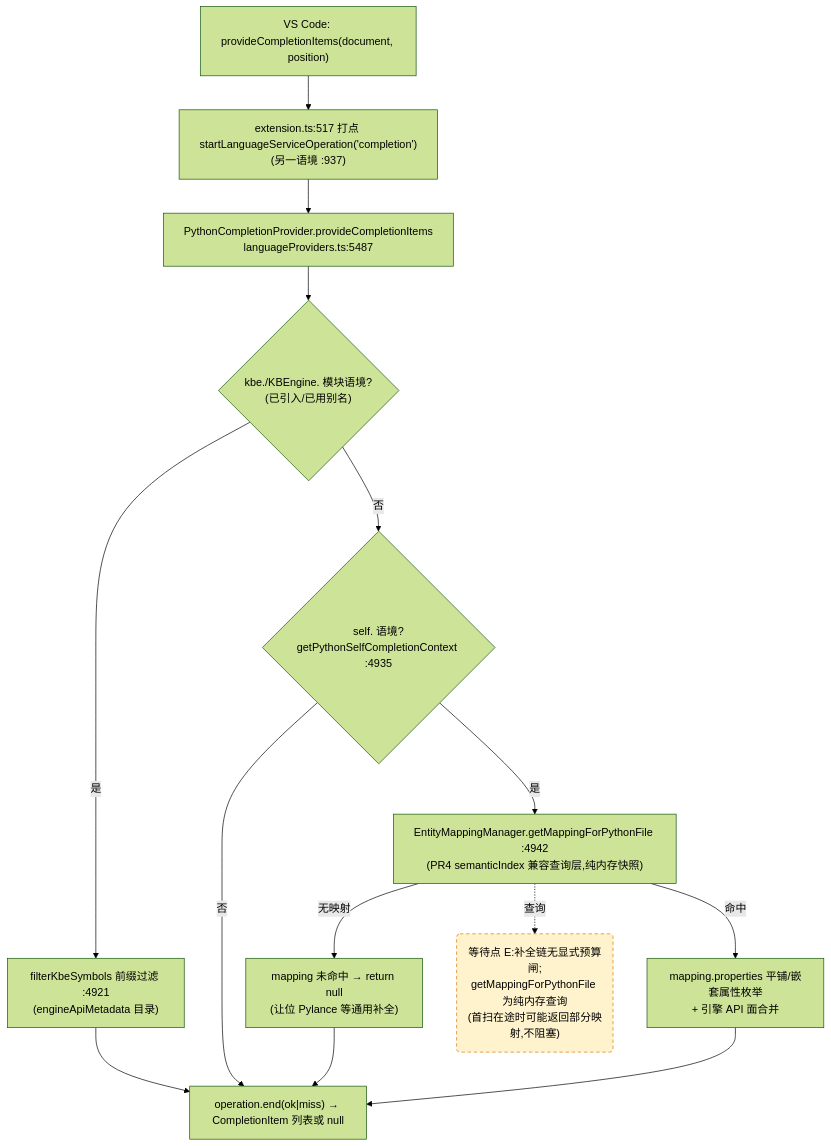
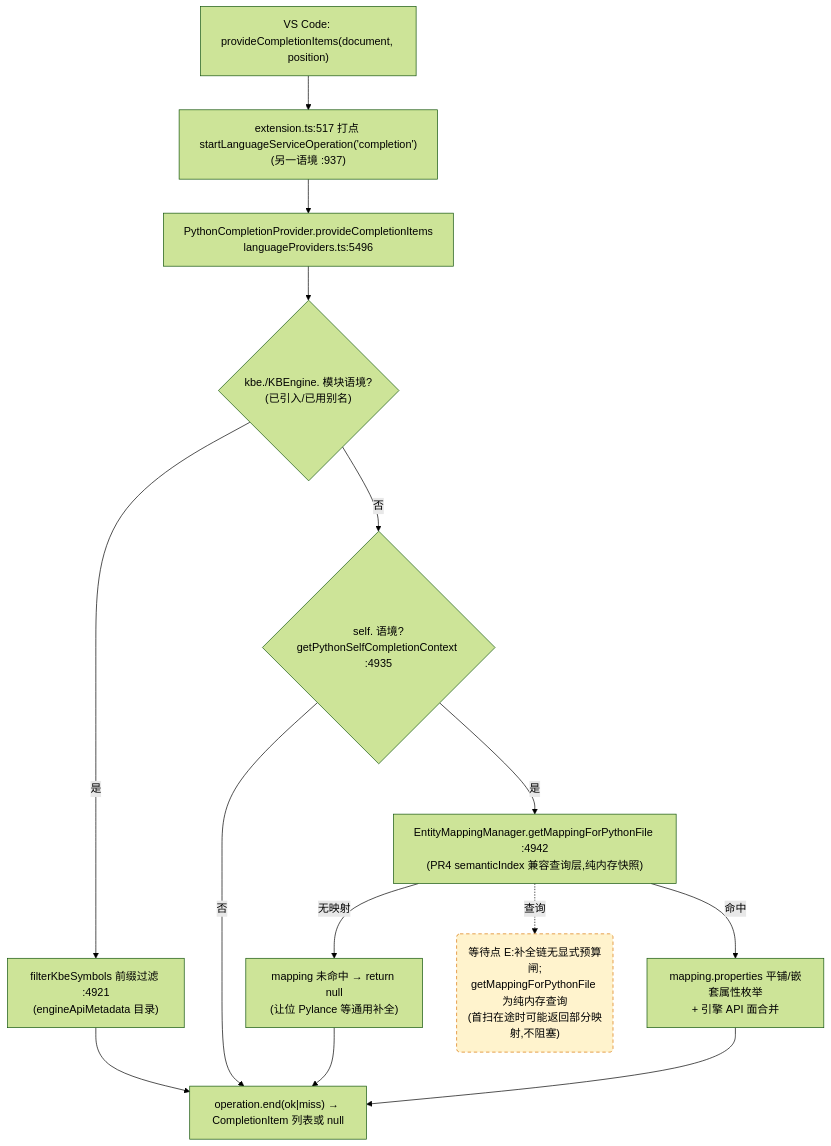
Before and after one commit to cuihairu/kode: the third of 4 diagrams in docs/perf/2026-baseline.md, drawn with Mermaid (forest theme). The commit also changed 5 other files, not shown here.

````diff
--- a/docs/perf/2026-baseline.md
+++ b/docs/perf/2026-baseline.md
@@ -184,27 +184,27 @@
 ```mermaid
 flowchart TD
   VC3["VS Code: provideCompletionItems(document, position)"]
   M3["extension.ts:517 打点 startLanguageServiceOperation('completion')<br/>(另一语境 :937)"]
-  CP["PythonCompletionProvider.provideCompletionItems<br/>languageProviders.ts:5487"]
+  CP["PythonCompletionProvider.provideCompletionItems<br/>languageProviders.ts:5496"]
   KBEC{"kbe./KBEngine. 模块语境?<br/>(已引入/已用别名)"}
   FILTER["filterKbeSymbols 前缀过滤 :4921<br/>(engineApiMetadata 目录)"]
   SELFC{"self. 语境?<br/>getPythonSelfCompletionContext :4935"}
   MAP["EntityMappingManager.getMappingForPythonFile :4942<br/>(PR4 semanticIndex 兼容查询层,纯内存快照)"]
   NOMAP["mapping 未命中 → return null<br/>(让位 Pylance 等通用补全)"]
   PROPS["mapping.properties 平铺/嵌套属性枚举<br/>+ 引擎 API 面合并"]
   END3["operation.end(ok|miss) → CompletionItem 列表或 null"]
 
   VC3 --> M3 --> CP --> KBEC
   KBEC -- "是" --> FILTER --> END3
   KBEC -- "否" --> SELFC
   SELFC -- "否" --> END3
   SELFC -- "是" --> MAP
   MAP -- "无映射" --> NOMAP --> END3
   MAP -- "命中" --> PROPS --> END3
 
   WAITE("等待点 E:补全链无显式预算闸;<br/>getMappingForPythonFile 为纯内存查询<br/>(首扫在途时可能返回部分映射,不阻塞)")
   MAP -.->|查询| WAITE
 
   classDef waitPoint fill:#fff3cd,stroke:#d97706,stroke-dasharray:5 4;
   class WAITE waitPoint;
 ```
````
